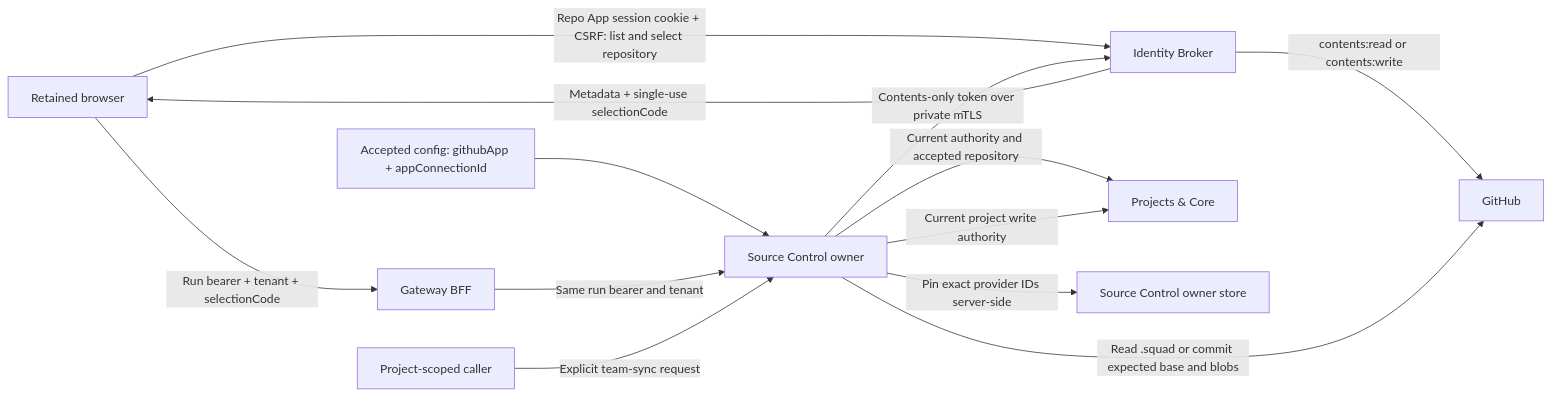
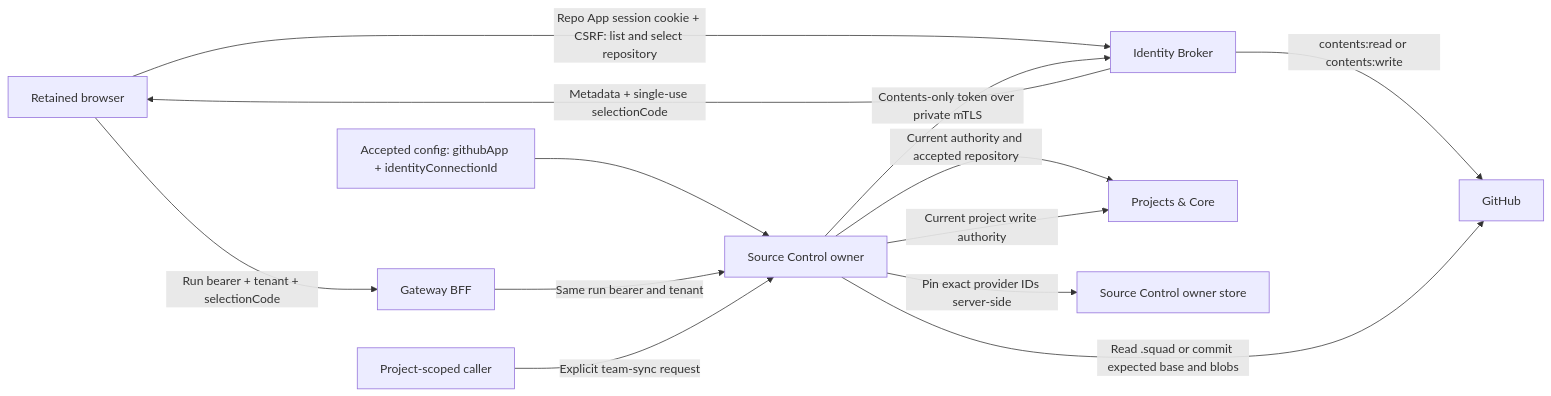
Before and after one commit to sabbour/agentweaver: the sixth of 6 diagrams in docs/architecture/design/provider-seams.md, drawn with Mermaid. The commit also changed other lines of this file and 11 other files, not shown here.

First line of the commit message:
fix(web): Use identityConnectionId in OpenAPI and run Changes tab

````diff
--- a/docs/architecture/design/provider-seams.md
+++ b/docs/architecture/design/provider-seams.md
@@ -1316,23 +1316,23 @@
 ```mermaid
 flowchart LR
     Browser["Retained browser"]
     Gateway["Gateway BFF"]
     Identity["Identity Broker"]
-    Config["Accepted config: githubApp + appConnectionId"]
+    Config["Accepted config: githubApp + identityConnectionId"]
     Source["Source Control owner"]
     Core["Projects & Core"]
     Store["Source Control owner store"]
     ProjectUser["Project-scoped caller"]
     Browser -->|"Repo App session cookie + CSRF: list and select repository"| Identity
     Identity -->|"Metadata + single-use selectionCode"| Browser
     Config --> Source
     Browser -->|"Run bearer + tenant + selectionCode"| Gateway
     Gateway -->|"Same run bearer and tenant"| Source
     Source -->|"Current authority and accepted repository"| Core
     Source -->|"Pin exact provider IDs server-side"| Store
     ProjectUser -->|"Explicit team-sync request"| Source
     Source -->|"Current project write authority"| Core
     Source -->|"Contents-only token over private mTLS"| Identity
     Identity -->|"contents:read or contents:write"| GitHub
     Source -->|"Read .squad or commit expected base and blobs"| GitHub
 ```
````
